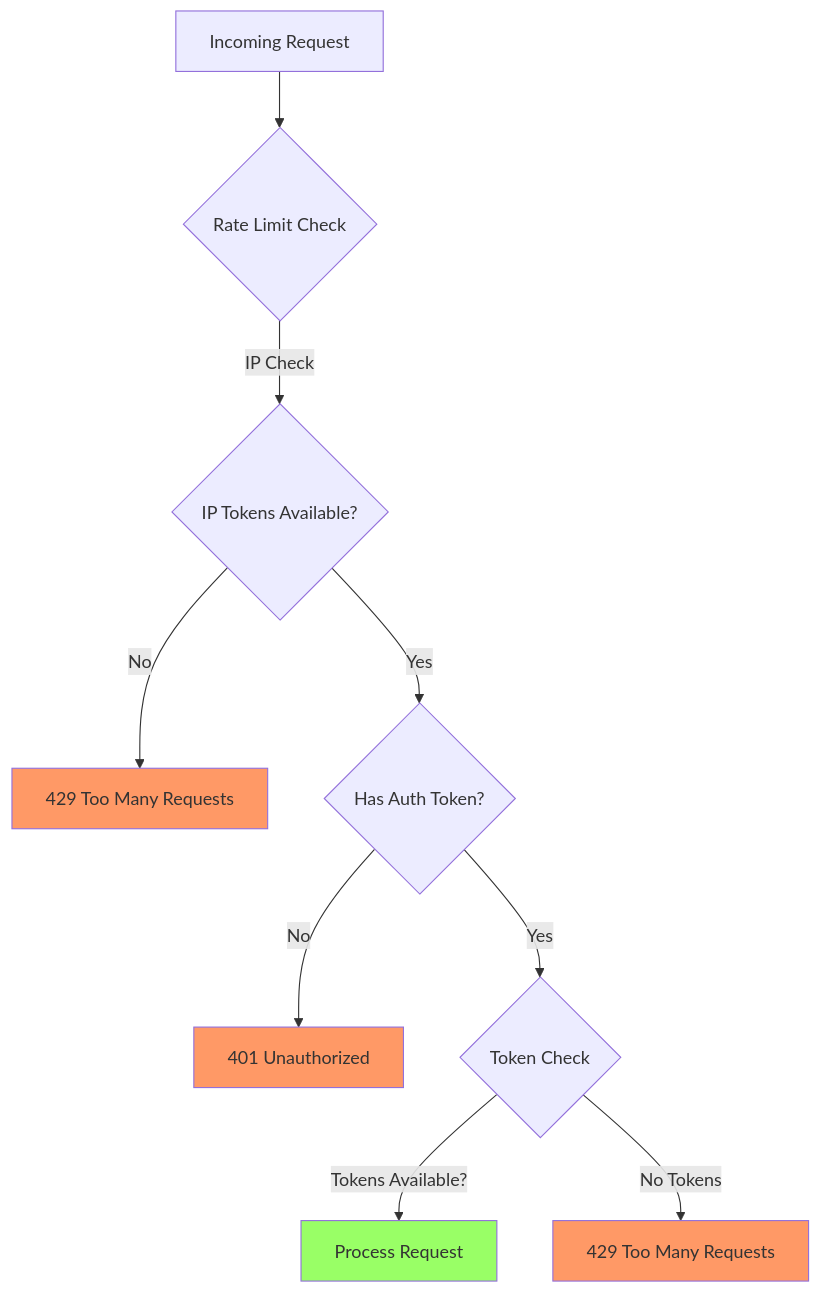
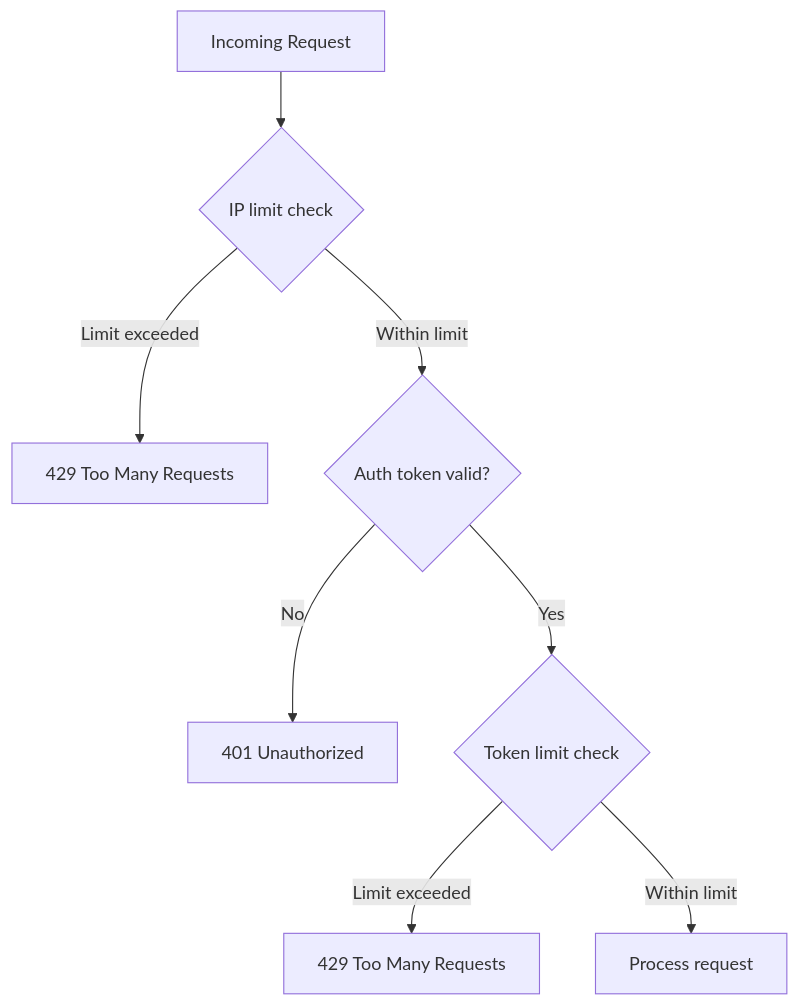
One commit to melosso/portway changed the diagram in Documentation/docs/guide/rate-limiting.md. Above: the diagram before and after it, drawn with Mermaid. The commit also changed other lines of this file and 46 other files, not shown here.

````diff
--- a/Documentation/docs/guide/rate-limiting.md
+++ b/Documentation/docs/guide/rate-limiting.md
@@ -49,16 +7,10 @@
 ```mermaid
 graph TD
-    A[Incoming Request] --> B{Rate Limit Check}
-    B -->|IP Check| C{IP Tokens Available?}
-    C -->|No| D[429 Too Many Requests]
-    C -->|Yes| E{Has Auth Token?}
-    E -->|No| F[401 Unauthorized]
-    E -->|Yes| G{Token Check}
-    G -->|Tokens Available?| H[Process Request]
-    G -->|No Tokens| I[429 Too Many Requests]
-    
-    style D fill:#f96
-    style F fill:#f96
-    style I fill:#f96
-    style H fill:#9f6
+    A[Incoming Request] --> B{IP limit check}
+    B -->|Limit exceeded| C[429 Too Many Requests]
+    B -->|Within limit| D{Auth token valid?}
+    D -->|No| E[401 Unauthorized]
+    D -->|Yes| F{Token limit check}
+    F -->|Limit exceeded| G[429 Too Many Requests]
+    F -->|Within limit| H[Process request]
 ```
````
